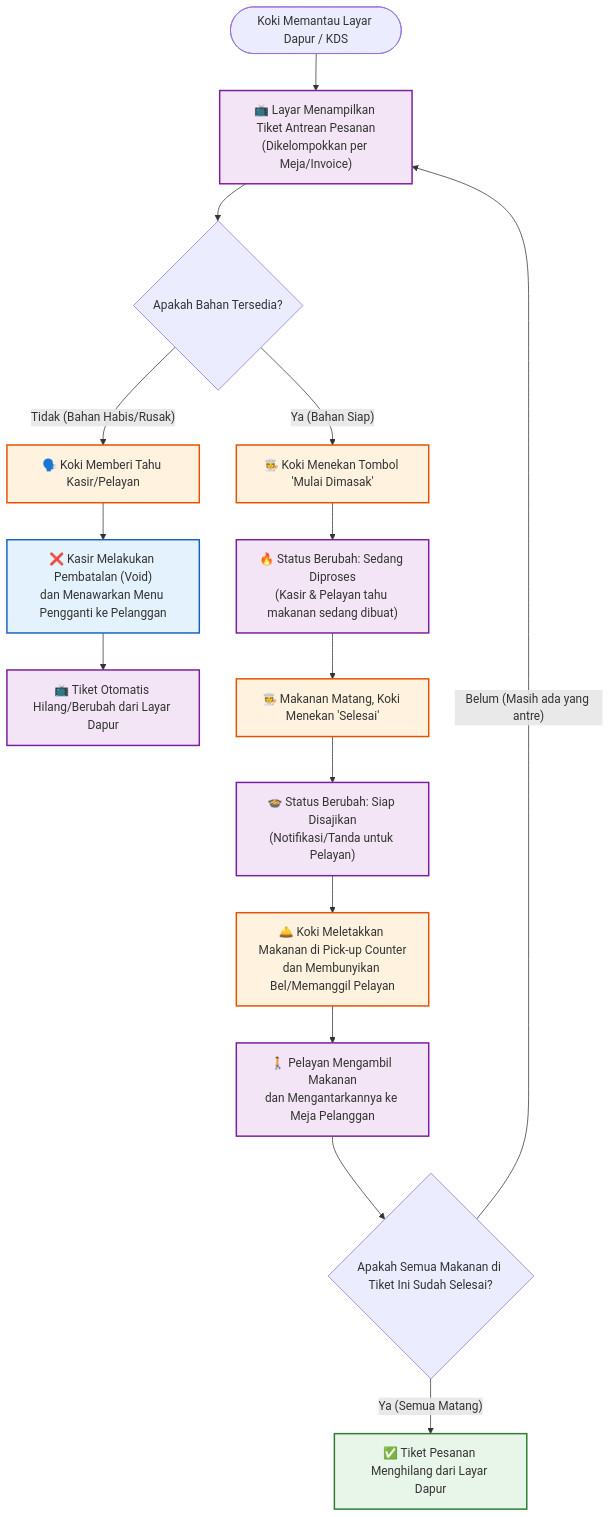
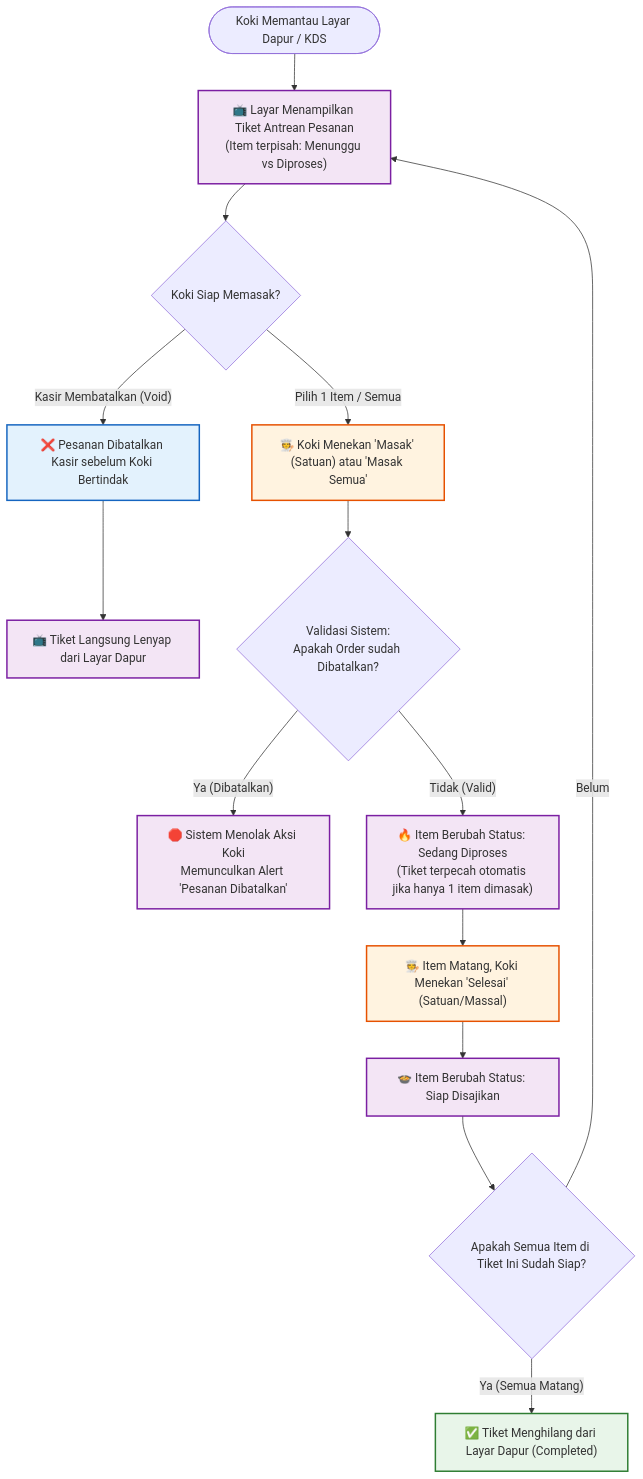
One commit to ngopikode/pakaiapp-dash changed the first of 2 diagrams in POS_KITCHEN_FLOWCHART_ANALYSIS.md. Above: the diagram before and after it, drawn with Mermaid. The commit also changed other lines of this file and 1 other file, not shown here.

Commit message:
docs: update POS flowcharts to reflect new enterprise features and validations

````diff
--- a/POS_KITCHEN_FLOWCHART_ANALYSIS.md
+++ b/POS_KITCHEN_FLOWCHART_ANALYSIS.md
@@ -7,42 +7,41 @@
 ```mermaid
 flowchart TD
     %% Styling
     classDef dapur fill:#fff3e0,stroke:#e65100,stroke-width:2px;
     classDef sistem fill:#f3e5f5,stroke:#7b1fa2,stroke-width:2px;
     classDef kasir fill:#e3f2fd,stroke:#1565c0,stroke-width:2px;
     classDef selesai fill:#e8f5e9,stroke:#2e7d32,stroke-width:2px;
-    classDef warning fill:#ffebee,stroke:#c62828,stroke-width:2px;
 
     MulaiDapur([Koki Memantau Layar Dapur / KDS]) --> PantauLayar
     
-    PantauLayar["📺 Layar Menampilkan Tiket Antrean Pesanan<br>(Dikelompokkan per Meja/Invoice)"]:::sistem --> CekBahan
+    PantauLayar["📺 Layar Menampilkan Tiket Antrean Pesanan<br>(Item terpisah: Menunggu vs Diproses)"]:::sistem --> CekBahan
     
-    CekBahan{"Apakah Bahan Tersedia?"}
+    CekBahan{"Koki Siap Memasak?"}
     
-    %% Kasus Bahan Habis
-    CekBahan -- "Tidak (Bahan Habis/Rusak)" --> TolakPesanan
-    TolakPesanan["🗣️ Koki Memberi Tahu Kasir/Pelayan"]:::dapur --> KasirVoid
-    KasirVoid["❌ Kasir Melakukan Pembatalan (Void)<br>dan Menawarkan Menu Pengganti ke Pelanggan"]:::kasir --> LayarUpdate
-    LayarUpdate["📺 Tiket Otomatis Hilang/Berubah dari Layar Dapur"]:::sistem
+    %% Kasus Kasir Membatalkan Pesanan
+    CekBahan -- "Kasir Membatalkan (Void)" --> OrderDibatalkan
+    OrderDibatalkan["❌ Pesanan Dibatalkan Kasir sebelum Koki Bertindak"]:::kasir --> LayarUpdate2
+    LayarUpdate2["📺 Tiket Langsung Lenyap dari Layar Dapur"]:::sistem
     
-    %% Kasus Normal
-    CekBahan -- "Ya (Bahan Siap)" --> MulaiMasak
-    MulaiMasak["🧑‍🍳 Koki Menekan Tombol 'Mulai Dimasak'"]:::dapur --> StatusProses
+    %% Kasus Normal (Memasak Per-Item)
+    CekBahan -- "Pilih 1 Item / Semua" --> MulaiMasak
+    MulaiMasak["🧑‍🍳 Koki Menekan 'Masak' (Satuan) atau 'Masak Semua'"]:::dapur --> ValidasiBatal
     
-    StatusProses["🔥 Status Berubah: Sedang Diproses<br>(Kasir & Pelayan tahu makanan sedang dibuat)"]:::sistem --> MasakSelesai
+    ValidasiBatal{"Validasi Sistem:<br>Apakah Order sudah Dibatalkan?"}
+    ValidasiBatal -- "Ya (Dibatalkan)" --> TolakAksi
+    TolakAksi["🛑 Sistem Menolak Aksi Koki<br>Memunculkan Alert 'Pesanan Dibatalkan'"]:::sistem
     
-    MasakSelesai["🧑‍🍳 Makanan Matang, Koki Menekan 'Selesai'"]:::dapur --> StatusSiap
+    ValidasiBatal -- "Tidak (Valid)" --> StatusProses
+    StatusProses["🔥 Item Berubah Status: Sedang Diproses<br>(Tiket terpecah otomatis jika hanya 1 item dimasak)"]:::sistem --> MasakSelesai
     
-    StatusSiap["🍲 Status Berubah: Siap Disajikan<br>(Notifikasi/Tanda untuk Pelayan)"]:::sistem --> PanggilPelayan
+    MasakSelesai["🧑‍🍳 Item Matang, Koki Menekan 'Selesai' (Satuan/Massal)"]:::dapur --> StatusSiap
     
-    PanggilPelayan["🛎️ Koki Meletakkan Makanan di Pick-up Counter<br>dan Membunyikan Bel/Memanggil Pelayan"]:::dapur --> PelayanAmbil
+    StatusSiap["🍲 Item Berubah Status: Siap Disajikan"]:::sistem --> CekTiket
     
-    PelayanAmbil["🚶 Pelayan Mengambil Makanan<br>dan Mengantarkannya ke Meja Pelanggan"]:::sistem --> CekTiket
+    CekTiket{"Apakah Semua Item di Tiket Ini Sudah Siap?"}
     
-    CekTiket{"Apakah Semua Makanan di Tiket Ini Sudah Selesai?"}
-    
-    CekTiket -- "Belum (Masih ada yang antre)" --> PantauLayar
+    CekTiket -- "Belum" --> PantauLayar
     CekTiket -- "Ya (Semua Matang)" --> TiketSelesai
     
-    TiketSelesai["✅ Tiket Pesanan Menghilang dari Layar Dapur"]:::selesai
+    TiketSelesai["✅ Tiket Menghilang dari Layar Dapur (Completed)"]:::selesai
 ```
````
